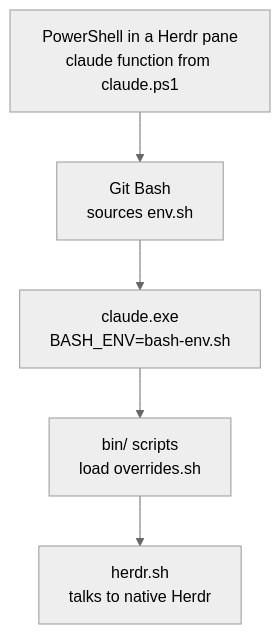
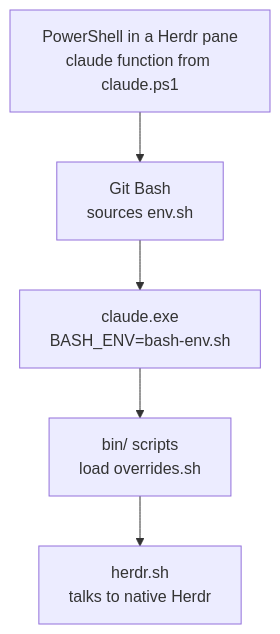
One commit to EvanBatten/firstmate-for-windows changed the second of 2 diagrams in README.md. Above: the diagram before and after it, drawn with Mermaid. The commit also changed other lines of this file and 1 other file, not shown here.

Commit message:
ground the primary launch notes in harness-adapters and let GitHub theme the diagrams

````diff
--- a/README.md
+++ b/README.md
@@ -179,8 +178,7 @@
 ```mermaid
-%%{init: {'theme': 'neutral'}}%%
 flowchart TB
   P["PowerShell in a Herdr pane<br/>claude function from claude.ps1"] --> B["Git Bash<br/>sources env.sh"]
   B --> E["claude.exe<br/>BASH_ENV=bash-env.sh"]
   E --> S["bin/ scripts<br/>load overrides.sh"]
   S --> H["herdr.sh<br/>talks to native Herdr"]
 ```
````
